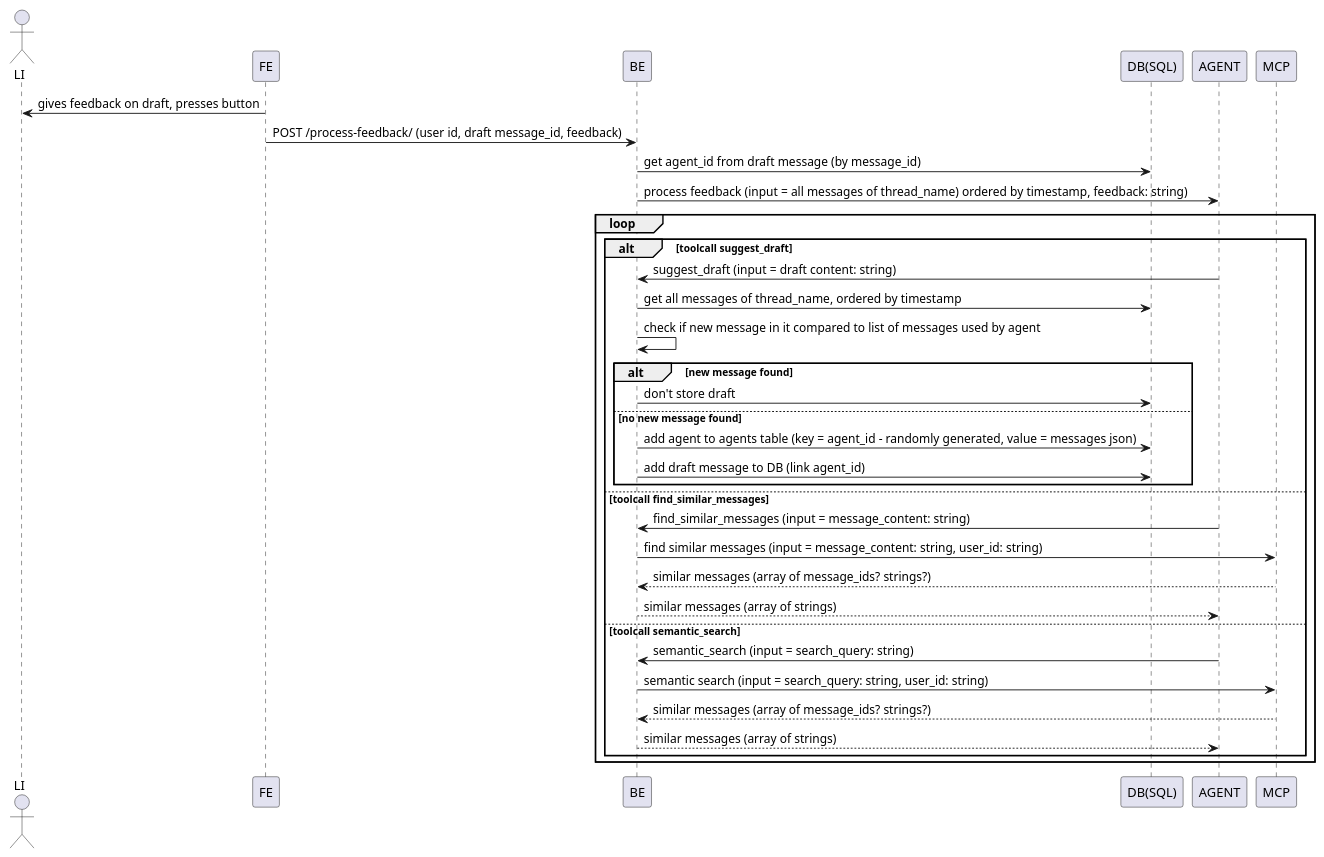
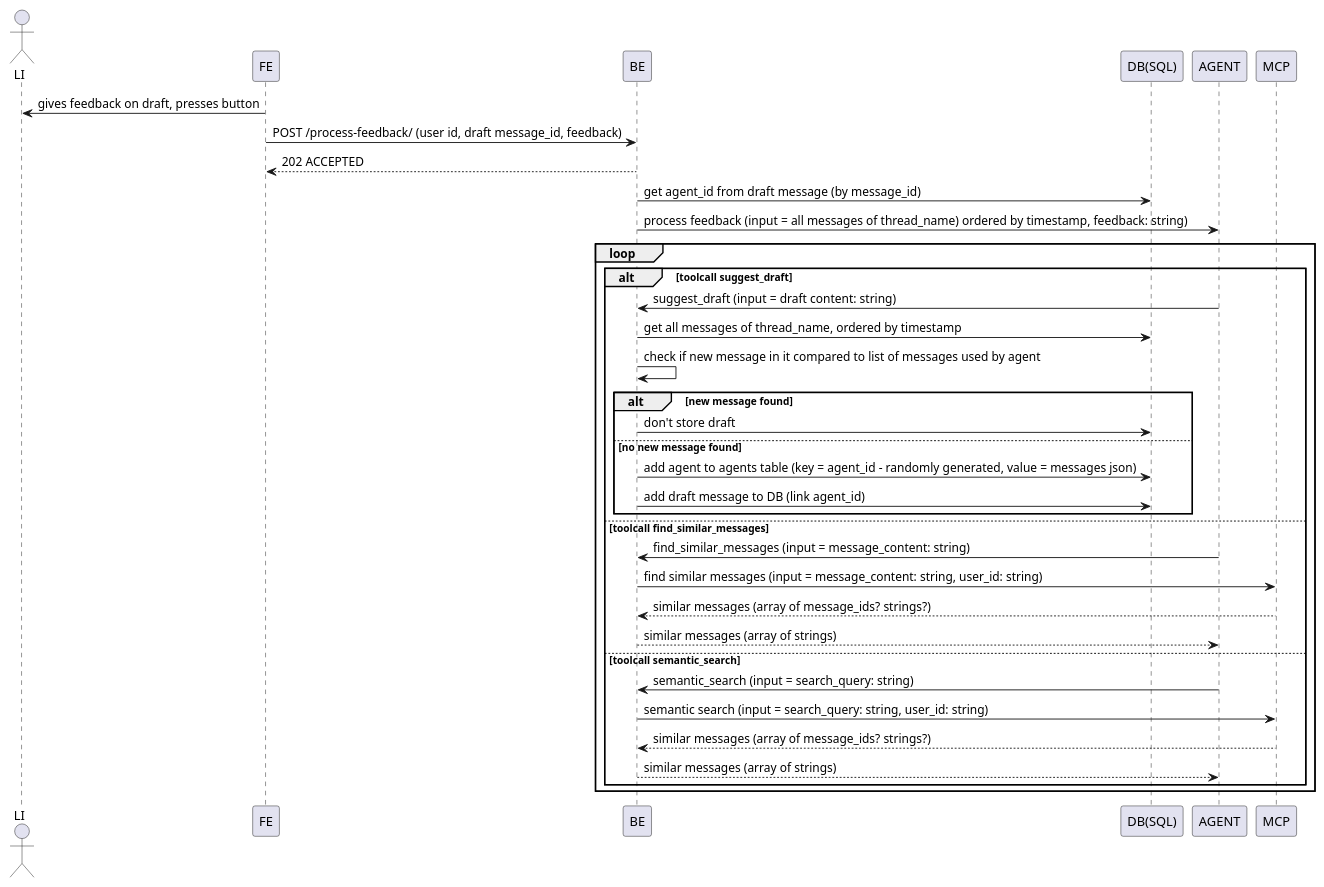
Before and after one commit to Itempass/mcphackathon-linkedin-intern: the diagram in UML_diagrams/user_feedback_sequence_diagram.puml, drawn with PlantUML. The commit also changed 4 other files, not shown here.

```diff
--- a/UML_diagrams/user_feedback_sequence_diagram.puml
+++ b/UML_diagrams/user_feedback_sequence_diagram.puml
@@ -1,36 +1,37 @@
 @startuml
 actor LI
 participant FE
 participant BE
 participant DB as "DB(SQL)"
 participant AGENT
 participant MCP
 
 LI <- FE: gives feedback on draft, presses button
 FE -> BE: POST /process-feedback/ (user id, draft message_id, feedback)
+BE --> FE: 202 ACCEPTED
 BE -> DB: get agent_id from draft message (by message_id)
 BE -> AGENT: process feedback (input = all messages of thread_name) ordered by timestamp, feedback: string)
 loop 
     alt toolcall suggest_draft
         AGENT -> BE: suggest_draft (input = draft content: string)
         BE -> DB: get all messages of thread_name, ordered by timestamp
         BE -> BE: check if new message in it compared to list of messages used by agent
         alt new message found
             BE -> DB: don't store draft
         else no new message found
             BE -> DB: add agent to agents table (key = agent_id - randomly generated, value = messages json)
             BE -> DB: add draft message to DB (link agent_id)
         end
     else toolcall find_similar_messages
         AGENT -> BE: find_similar_messages (input = message_content: string)
         BE -> MCP: find similar messages (input = message_content: string, user_id: string)
         MCP --> BE: similar messages (array of message_ids? strings?)
         BE --> AGENT: similar messages (array of strings)
     else toolcall semantic_search
         AGENT -> BE: semantic_search (input = search_query: string)
         BE -> MCP: semantic search (input = search_query: string, user_id: string)
         MCP --> BE: similar messages (array of message_ids? strings?)
         BE --> AGENT: similar messages (array of strings)
     end
 end
 @enduml
```
